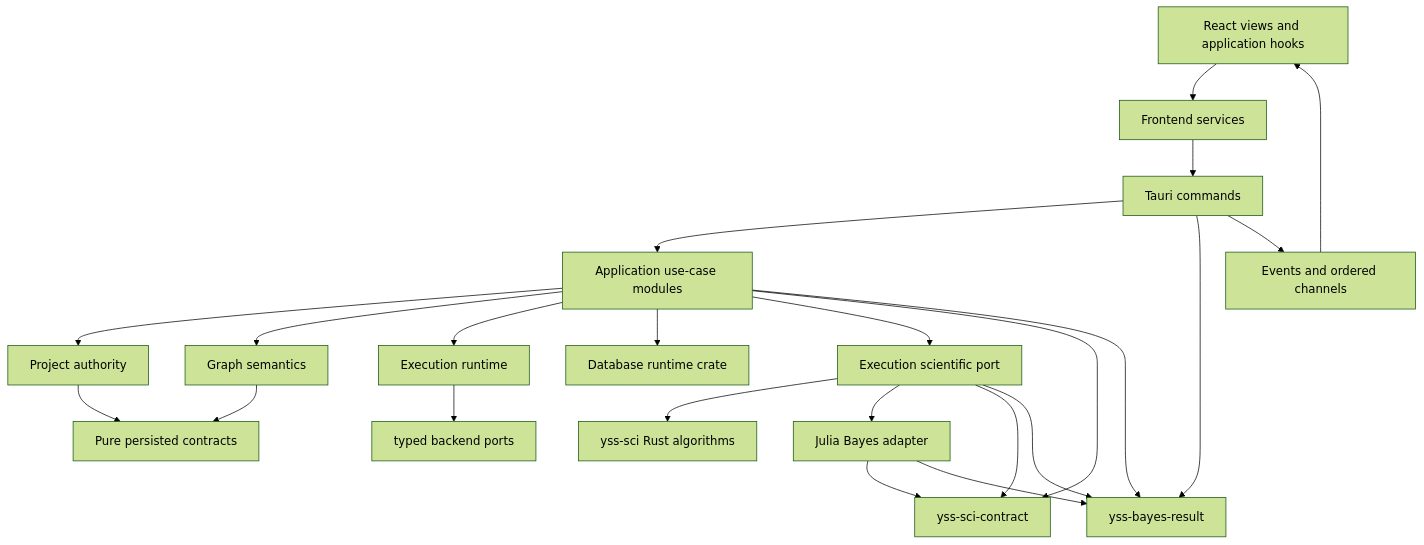
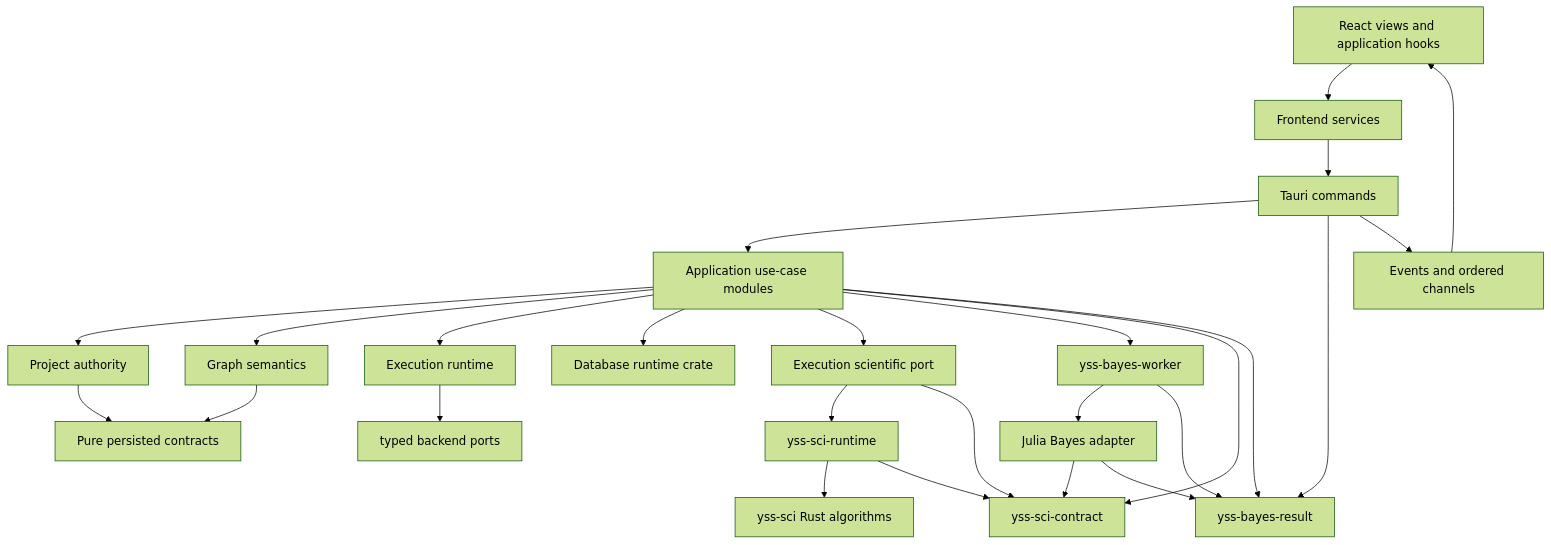
One commit to zhouyi207/YssBI changed the first of 3 diagrams in docs/architecture/ARCHITECTURE.md. Above: the diagram before and after it, drawn with Mermaid (forest theme). The commit also changed other lines of this file and 44 other files, not shown here.

Commit message:
refactor(sci): extract yss-sci-runtime

````diff
--- a/docs/architecture/ARCHITECTURE.md
+++ b/docs/architecture/ARCHITECTURE.md
@@ -32,25 +32,28 @@
 ```mermaid
 flowchart TD
   UI[React views and application hooks] --> FE[Frontend services]
   FE --> CMD[Tauri commands]
   CMD --> APP[Application use-case modules]
   APP --> PROJECT[Project authority]
   APP --> GRAPH[Graph semantics]
   APP --> EXEC[Execution runtime]
   APP --> DB[Database runtime crate]
   APP --> SCI[Execution scientific port]
+  APP --> BAYESWORKER[yss-bayes-worker]
   PROJECT --> PURE[Pure persisted contracts]
   GRAPH --> PURE
   EXEC --> PORTS[typed backend ports]
-  SCI --> RUSTSCI[yss-sci Rust algorithms]
-  SCI --> JULIA[Julia Bayes adapter]
+  SCI --> SCIRUNTIME[yss-sci-runtime]
+  SCIRUNTIME --> RUSTSCI[yss-sci Rust algorithms]
+  BAYESWORKER --> JULIA[Julia Bayes adapter]
   APP --> SCICONTRACT[yss-sci-contract]
   SCI --> SCICONTRACT
+  SCIRUNTIME --> SCICONTRACT
   JULIA --> SCICONTRACT
   CMD --> BAYESRESULT[yss-bayes-result]
   APP --> BAYESRESULT
-  SCI --> BAYESRESULT
+  BAYESWORKER --> BAYESRESULT
   JULIA --> BAYESRESULT
   CMD --> CHANNEL[Events and ordered channels]
   CHANNEL --> UI
 ```
````
